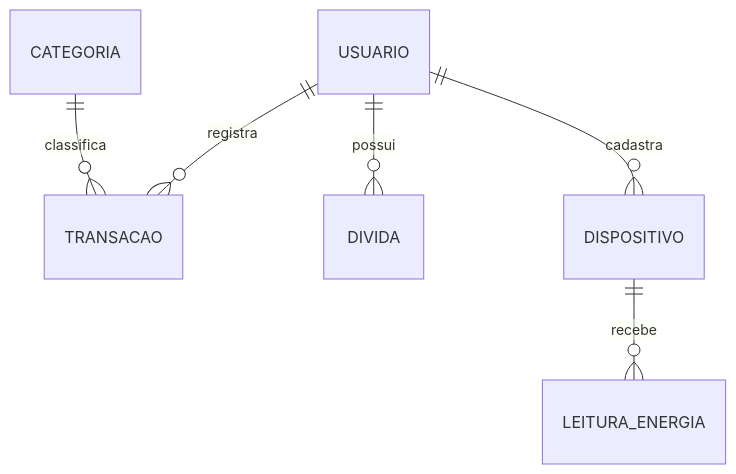
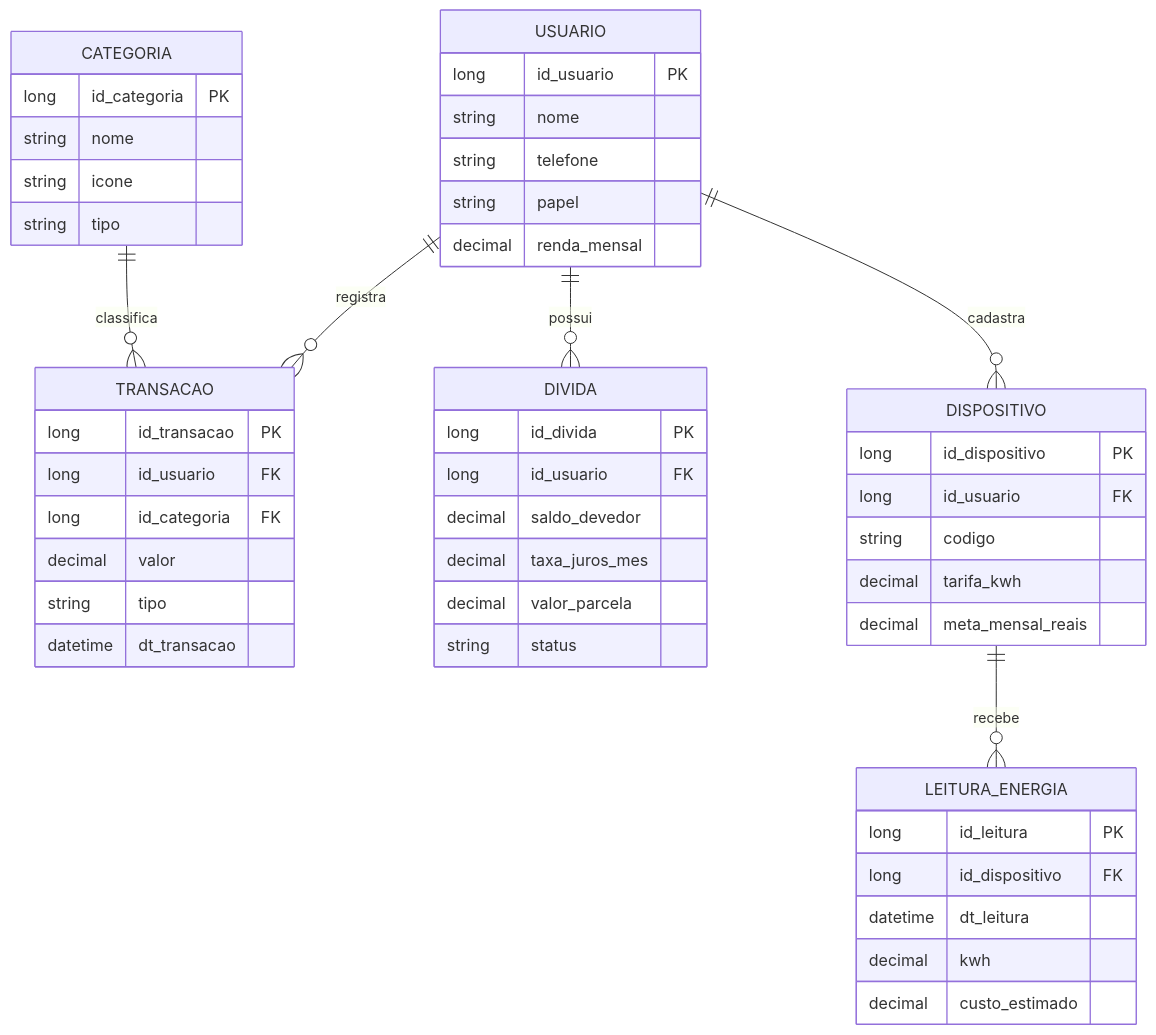
One commit to grana-amiga/Java-Advanced changed the diagram in README.md. Above: the diagram before and after it, drawn with Mermaid. The commit also changed other lines of this file, not shown here.

Commit message:
docs: detalha modelo de dados e orientacoes de entrega

````diff
--- a/README.md
+++ b/README.md
@@ -25,8 +25,51 @@
 ```mermaid
 erDiagram
+    USUARIO {
+        long id_usuario PK
+        string nome
+        string telefone
+        string papel
+        decimal renda_mensal
+    }
+    CATEGORIA {
+        long id_categoria PK
+        string nome
+        string icone
+        string tipo
+    }
+    TRANSACAO {
+        long id_transacao PK
+        long id_usuario FK
+        long id_categoria FK
+        decimal valor
+        string tipo
+        datetime dt_transacao
+    }
+    DIVIDA {
+        long id_divida PK
+        long id_usuario FK
+        decimal saldo_devedor
+        decimal taxa_juros_mes
+        decimal valor_parcela
+        string status
+    }
+    DISPOSITIVO {
+        long id_dispositivo PK
+        long id_usuario FK
+        string codigo
+        decimal tarifa_kwh
+        decimal meta_mensal_reais
+    }
+    LEITURA_ENERGIA {
+        long id_leitura PK
+        long id_dispositivo FK
+        datetime dt_leitura
+        decimal kwh
+        decimal custo_estimado
+    }
     USUARIO ||--o{ TRANSACAO : registra
     CATEGORIA ||--o{ TRANSACAO : classifica
     USUARIO ||--o{ DIVIDA : possui
     USUARIO ||--o{ DISPOSITIVO : cadastra
     DISPOSITIVO ||--o{ LEITURA_ENERGIA : recebe
 ```
````
